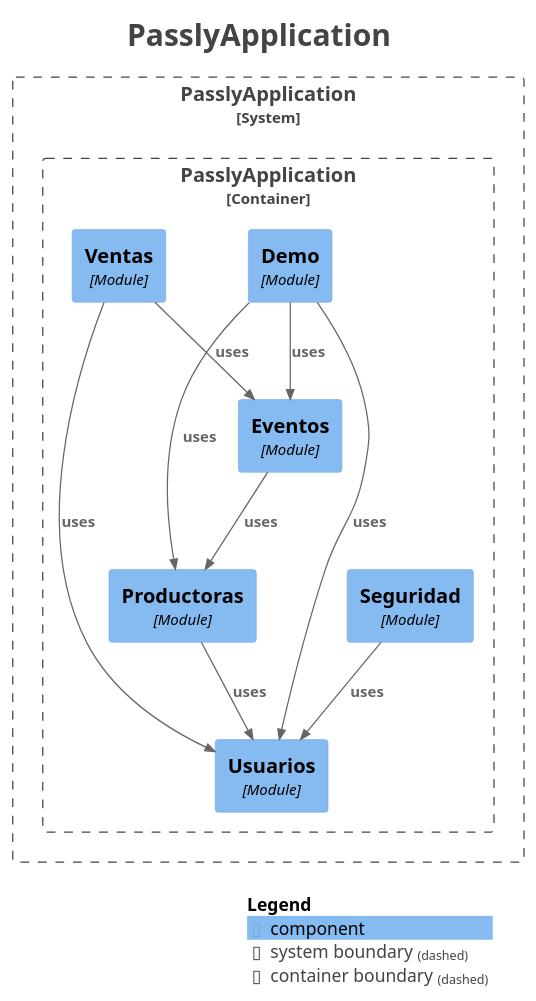
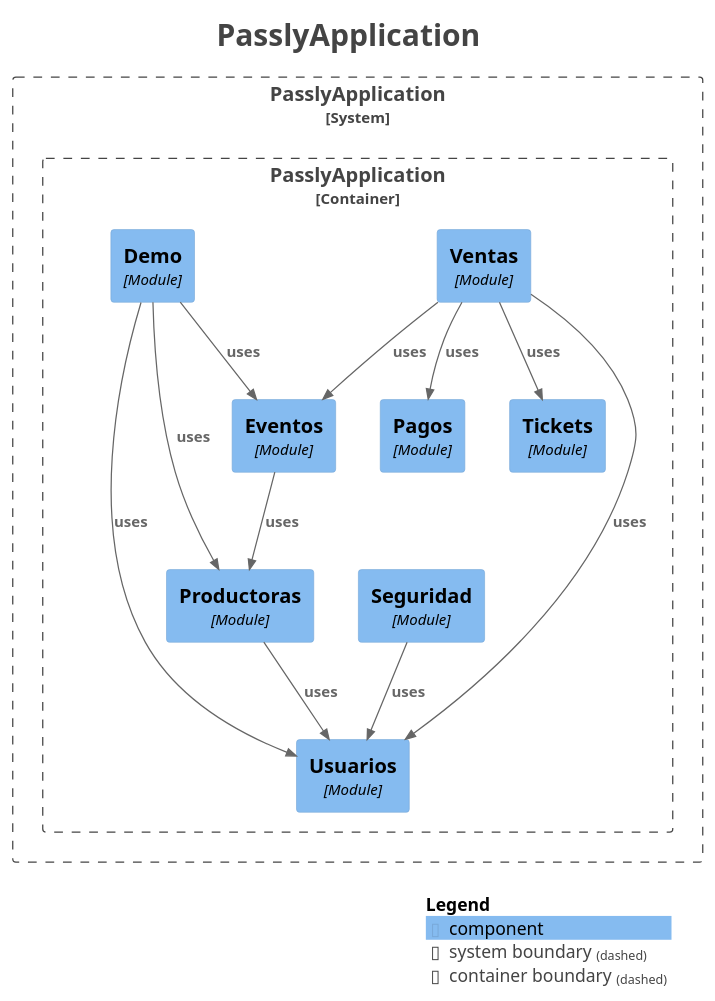
Before and after one commit to SimonForteza/Passly: the diagram in docs/modulith/components.puml, drawn with PlantUML. The commit also changed 39 other files, not shown here.

```diff
--- a/docs/modulith/components.puml
+++ b/docs/modulith/components.puml
@@ -1,41 +1,45 @@
 @startuml
 title <size:24>PasslyApplication</size>
 
 set separator none
 top to bottom direction
 
 <style>
   root {
     BackgroundColor: #ffffff
     FontColor: #444444
   }
 </style>
 
 !include <C4/C4>
 !include <C4/C4_Context>
 !include <C4/C4_Component>
 
 System_Boundary("PasslyApplication_boundary", "PasslyApplication", $tags="") {
   Container_Boundary("PasslyApplication.PasslyApplication_boundary", "PasslyApplication", $tags="") {
+    Component(PasslyApplication.PasslyApplication.Ventas, "Ventas", $techn="Module", $descr="", $tags="", $link="")
+    Component(PasslyApplication.PasslyApplication.Pagos, "Pagos", $techn="Module", $descr="", $tags="", $link="")
+    Component(PasslyApplication.PasslyApplication.Tickets, "Tickets", $techn="Module", $descr="", $tags="", $link="")
     Component(PasslyApplication.PasslyApplication.Usuarios, "Usuarios", $techn="Module", $descr="", $tags="", $link="")
     Component(PasslyApplication.PasslyApplication.Productoras, "Productoras", $techn="Module", $descr="", $tags="", $link="")
     Component(PasslyApplication.PasslyApplication.Seguridad, "Seguridad", $techn="Module", $descr="", $tags="", $link="")
     Component(PasslyApplication.PasslyApplication.Eventos, "Eventos", $techn="Module", $descr="", $tags="", $link="")
     Component(PasslyApplication.PasslyApplication.Demo, "Demo", $techn="Module", $descr="", $tags="", $link="")
-    Component(PasslyApplication.PasslyApplication.Ventas, "Ventas", $techn="Module", $descr="", $tags="", $link="")
   }
 
 }
 
-Rel(PasslyApplication.PasslyApplication.Eventos, PasslyApplication.PasslyApplication.Productoras, "uses", $techn="", $tags="", $link="")
-Rel(PasslyApplication.PasslyApplication.Productoras, PasslyApplication.PasslyApplication.Usuarios, "uses", $techn="", $tags="", $link="")
 Rel(PasslyApplication.PasslyApplication.Demo, PasslyApplication.PasslyApplication.Usuarios, "uses", $techn="", $tags="", $link="")
 Rel(PasslyApplication.PasslyApplication.Demo, PasslyApplication.PasslyApplication.Productoras, "uses", $techn="", $tags="", $link="")
 Rel(PasslyApplication.PasslyApplication.Demo, PasslyApplication.PasslyApplication.Eventos, "uses", $techn="", $tags="", $link="")
+Rel(PasslyApplication.PasslyApplication.Productoras, PasslyApplication.PasslyApplication.Usuarios, "uses", $techn="", $tags="", $link="")
 Rel(PasslyApplication.PasslyApplication.Seguridad, PasslyApplication.PasslyApplication.Usuarios, "uses", $techn="", $tags="", $link="")
+Rel(PasslyApplication.PasslyApplication.Eventos, PasslyApplication.PasslyApplication.Productoras, "uses", $techn="", $tags="", $link="")
 Rel(PasslyApplication.PasslyApplication.Ventas, PasslyApplication.PasslyApplication.Eventos, "uses", $techn="", $tags="", $link="")
+Rel(PasslyApplication.PasslyApplication.Ventas, PasslyApplication.PasslyApplication.Tickets, "uses", $techn="", $tags="", $link="")
+Rel(PasslyApplication.PasslyApplication.Ventas, PasslyApplication.PasslyApplication.Pagos, "uses", $techn="", $tags="", $link="")
 Rel(PasslyApplication.PasslyApplication.Ventas, PasslyApplication.PasslyApplication.Usuarios, "uses", $techn="", $tags="", $link="")
 
 SHOW_LEGEND(true)
 hide stereotypes
 @enduml
```
